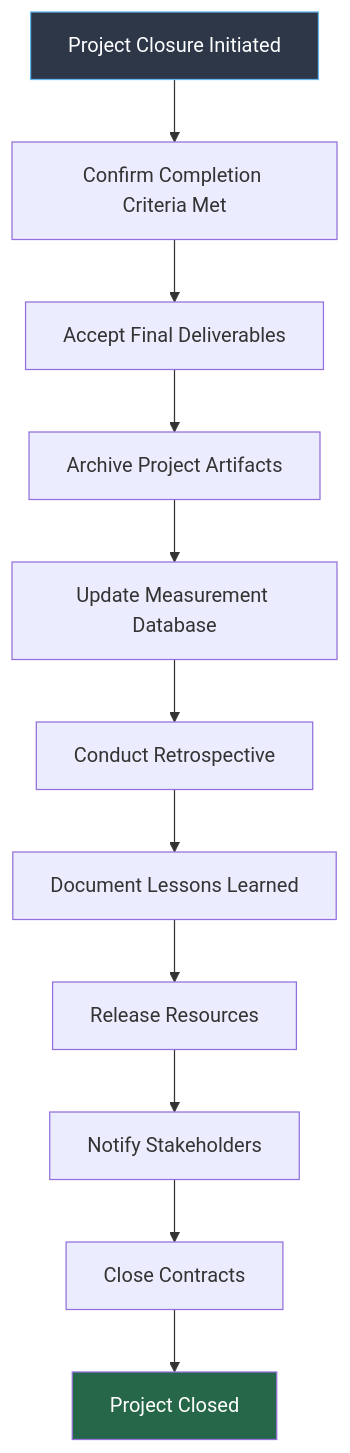
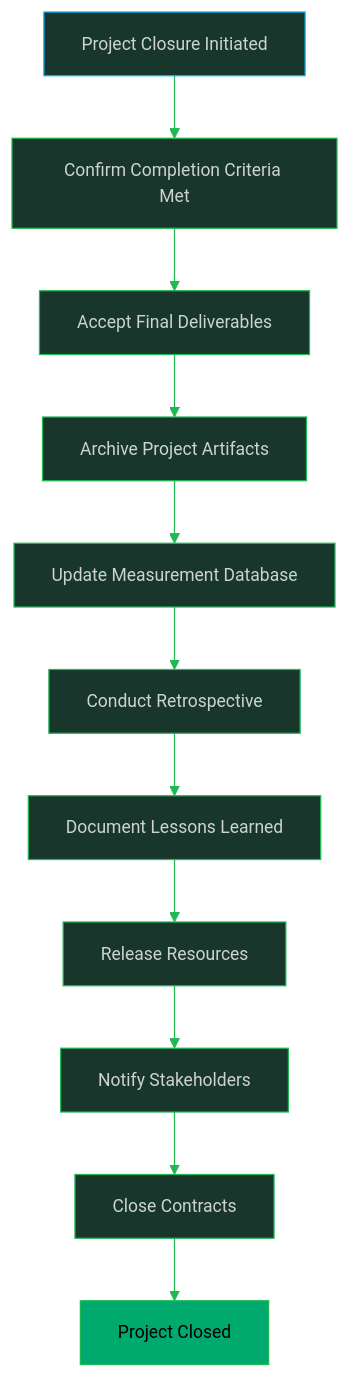
Before and after one commit to oat431/swe-knowledge: the second of 3 diagrams in software-engineering-note/09_Software_Engineering_Management/08_Risk_Management_and_Control.md, drawn with Mermaid. The commit also changed other lines of this file and 11 other files, not shown here.

````diff
--- a/software-engineering-note/09_Software_Engineering_Management/08_Risk_Management_and_Control.md
+++ b/software-engineering-note/09_Software_Engineering_Management/08_Risk_Management_and_Control.md
@@ -424,16 +426,17 @@
 ```mermaid
+%%{init: {'theme':'base','themeVariables':{'primaryColor':'#19362D','primaryTextColor':'#CDD3D1','primaryBorderColor':'#1FB854','lineColor':'#1FB854','secondaryColor':'#161212','tertiaryColor':'#1B1717','background':'#1B1717','mainBkg':'#19362D','nodeBorder':'#1FB854','clusterBkg':'#161212','clusterBorder':'#19362D','titleColor':'#1FB854','edgeLabelBackground':'#161212','fontSize':'14px'}}}%%
 graph TD
     A[Project Closure Initiated] --> B[Confirm Completion Criteria Met]
     B --> C[Accept Final Deliverables]
     C --> D[Archive Project Artifacts]
     D --> E[Update Measurement Database]
     E --> F[Conduct Retrospective]
     F --> G[Document Lessons Learned]
     G --> H[Release Resources]
     H --> I[Notify Stakeholders]
     I --> J[Close Contracts]
     J --> K[Project Closed]
 
-    style A fill:#2d3748,stroke:#63b3ed,color:#fff
-    style K fill:#276749,color:#fff
+    style A fill:#19362D,stroke:#00B5FF,color:#CDD3D1
+    style K fill:#00A96E,color:#000000
 ```
````
